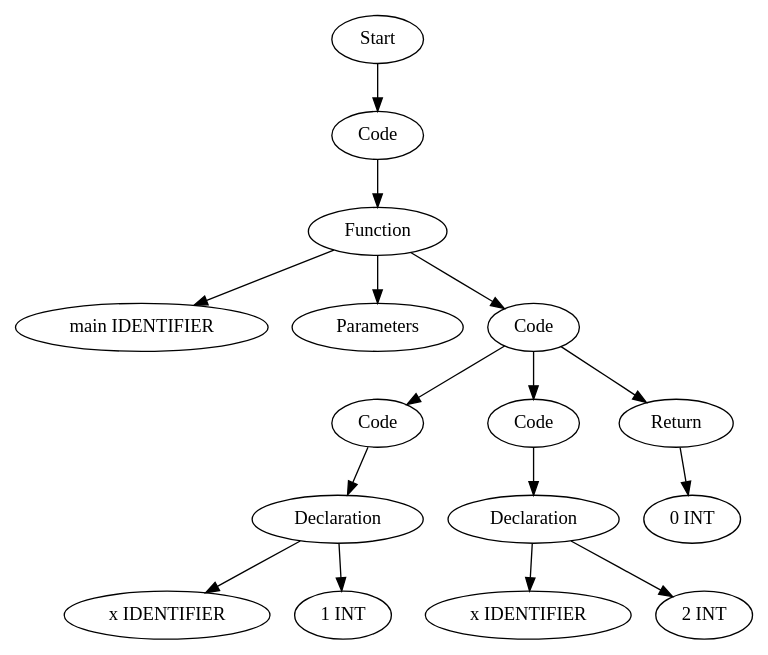
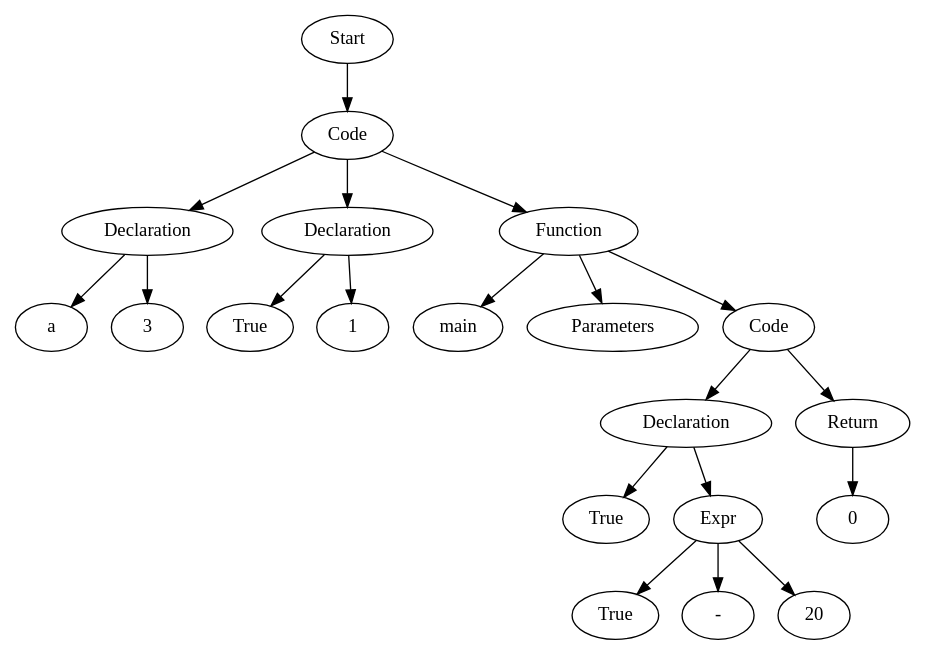
Before and after one commit to Are-you-listening/Compilers: the diagram in TestCases/ASTTests/SemanticErrorsTests/createTests/read_file_before.dot, drawn with Graphviz. The commit also changed 15 other files, not shown here.

```diff
--- a/TestCases/ASTTests/SemanticErrorsTests/createTests/read_file_before.dot
+++ b/TestCases/ASTTests/SemanticErrorsTests/createTests/read_file_before.dot
@@ -1,33 +1,41 @@
 digraph AST {
-  "131283093289520" [label="Start"];
-  "131283093289520" -> "131283093289760";
-  "131283093289760" [label="Code"];
-  "131283093289760" -> "131283093287456";
-  "131283093287456" [label="Function"];
-  "131283093287456" -> "131283093290288";
-  "131283093287456" -> "131283093342672";
-  "131283093287456" -> "131283093346032";
-  "131283093290288" [label="main IDENTIFIER"];
-  "131283093342672" [label="Parameters"];
-  "131283093346032" [label="Code"];
-  "131283093346032" -> "131283093344112";
-  "131283093346032" -> "131283093344352";
-  "131283093346032" -> "131283093346320";
-  "131283093344112" [label="Code"];
-  "131283093344112" -> "131283093341712";
-  "131283093341712" [label="Declaration"];
-  "131283093341712" -> "131283093344592";
-  "131283093341712" -> "131283093341568";
-  "131283093344592" [label="x IDENTIFIER"];
-  "131283093341568" [label="1 INT"];
-  "131283093344352" [label="Code"];
-  "131283093344352" -> "131283093344688";
-  "131283093344688" [label="Declaration"];
-  "131283093344688" -> "131283093342144";
-  "131283093344688" -> "131283093345600";
-  "131283093342144" [label="x IDENTIFIER"];
-  "131283093345600" [label="2 INT"];
-  "131283093346320" [label="Return"];
-  "131283093346320" -> "131283093347040";
-  "131283093347040" [label="0 INT"];
+  "135595906048416" [label="Start"];
+  "135595906048416" -> "135595906047264";
+  "135595906047264" [label="Code"];
+  "135595906047264" -> "135595906044624";
+  "135595906047264" -> "135595906046832";
+  "135595906047264" -> "135595906097712";
+  "135595906044624" [label="Declaration"];
+  "135595906044624" -> "135595906047888";
+  "135595906044624" -> "135595906045584";
+  "135595906047888" [label="a"];
+  "135595906045584" [label="3"];
+  "135595906046832" [label="Declaration"];
+  "135595906046832" -> "135595906099488";
+  "135595906046832" -> "135595906100352";
+  "135595906099488" [label="True"];
+  "135595906100352" [label="1"];
+  "135595906097712" [label="Function"];
+  "135595906097712" -> "135595906099248";
+  "135595906097712" -> "135595906099296";
+  "135595906097712" -> "135595906098672";
+  "135595906099248" [label="main"];
+  "135595906099296" [label="Parameters"];
+  "135595906098672" [label="Code"];
+  "135595906098672" -> "135595906098192";
+  "135595906098672" -> "135595906101936";
+  "135595906098192" [label="Declaration"];
+  "135595906098192" -> "135595906099632";
+  "135595906098192" -> "135595906100208";
+  "135595906099632" [label="True"];
+  "135595906100208" [label="Expr"];
+  "135595906100208" -> "135595906101168";
+  "135595906100208" -> "135595906101216";
+  "135595906100208" -> "135595906101744";
+  "135595906101168" [label="True"];
+  "135595906101216" [label="-"];
+  "135595906101744" [label="20"];
+  "135595906101936" [label="Return"];
+  "135595906101936" -> "135595906102656";
+  "135595906102656" [label="0"];
 }
```
